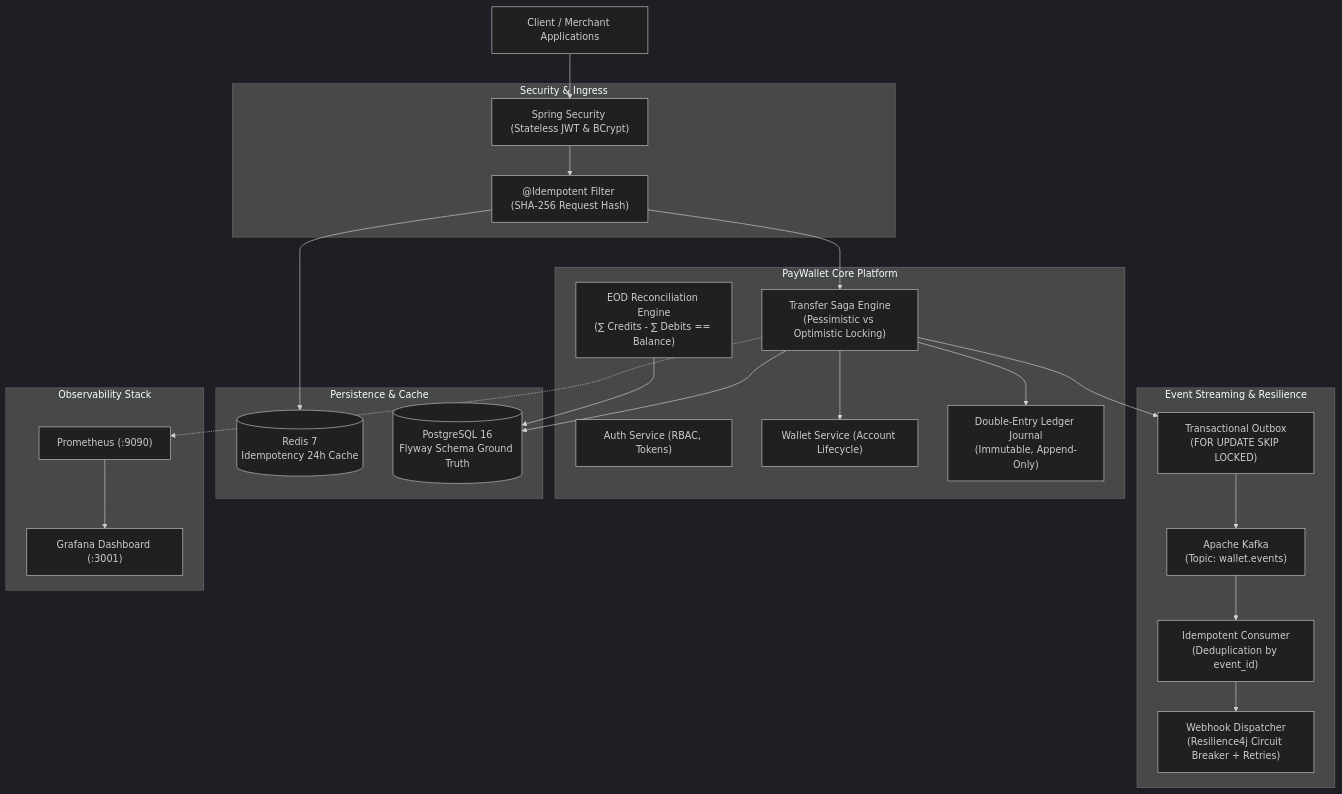
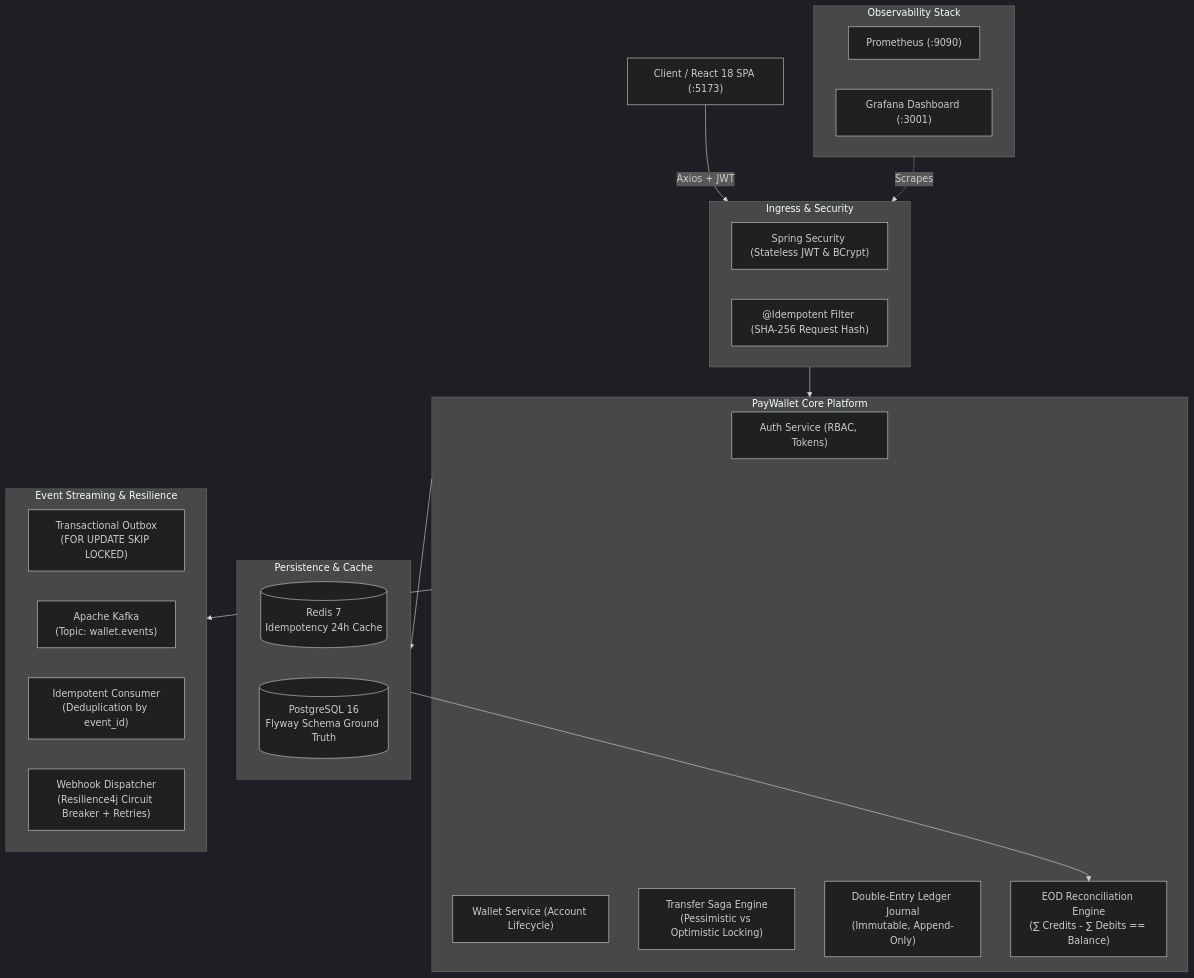
One commit to Nsurya1/paywallet changed the diagram in README.md. Above: the diagram before and after it, drawn with Mermaid (dark theme). The commit also changed other lines of this file and 150 other files, not shown here.

````diff
--- a/README.md
+++ b/README.md
@@ -18,48 +47,41 @@
 ```mermaid
 flowchart TD
-    Client["Client / Merchant Applications"]
+    Client["Client / React 18 SPA (:5173)"]
     
-    subgraph Edge ["Security & Ingress"]
+    subgraph Ingress ["Ingress & Security"]
         GW["Spring Security (Stateless JWT & BCrypt)"]
         IdemFilter["@Idempotent Filter (SHA-256 Request Hash)"]
     end
     
     subgraph CoreEngine ["PayWallet Core Platform"]
         Auth["Auth Service (RBAC, Tokens)"]
         Wallet["Wallet Service (Account Lifecycle)"]
         Transfer["Transfer Saga Engine<br/>(Pessimistic vs Optimistic Locking)"]
         Ledger["Double-Entry Ledger Journal<br/>(Immutable, Append-Only)"]
         Recon["EOD Reconciliation Engine<br/>(∑ Credits - ∑ Debits == Balance)"]
     end
-
+    
     subgraph Storage ["Persistence & Cache"]
         Redis[("Redis 7<br/>Idempotency 24h Cache")]
         Postgres[("PostgreSQL 16<br/>Flyway Schema Ground Truth")]
     end
-
+    
     subgraph Messaging ["Event Streaming & Resilience"]
         Outbox["Transactional Outbox<br/>(FOR UPDATE SKIP LOCKED)"]
         Kafka["Apache Kafka<br/>(Topic: wallet.events)"]
         Consumer["Idempotent Consumer<br/>(Deduplication by event_id)"]
         Webhook["Webhook Dispatcher<br/>(Resilience4j Circuit Breaker + Retries)"]
     end
-
+    
     subgraph Observability ["Observability Stack"]
         Prom["Prometheus (:9090)"]
         Graf["Grafana Dashboard (:3001)"]
     end
 
-    Client --> GW --> IdemFilter
-    IdemFilter --> Redis
-    IdemFilter --> Transfer
-    Transfer --> Wallet
-    Transfer --> Ledger
-    Transfer --> Postgres
-    Transfer --> Outbox
-    Outbox --> Kafka
-    Kafka --> Consumer
-    Consumer --> Webhook
-    Recon --> Postgres
-    Transfer -.-> Prom
-    Prom --> Graf
+    Client -->|Axios + JWT| Ingress
+    Ingress --> CoreEngine
+    CoreEngine --> Storage
+    CoreEngine --> Messaging
+    Storage --> Recon
+    Observability -.->|Scrapes| Ingress
 ```
````
